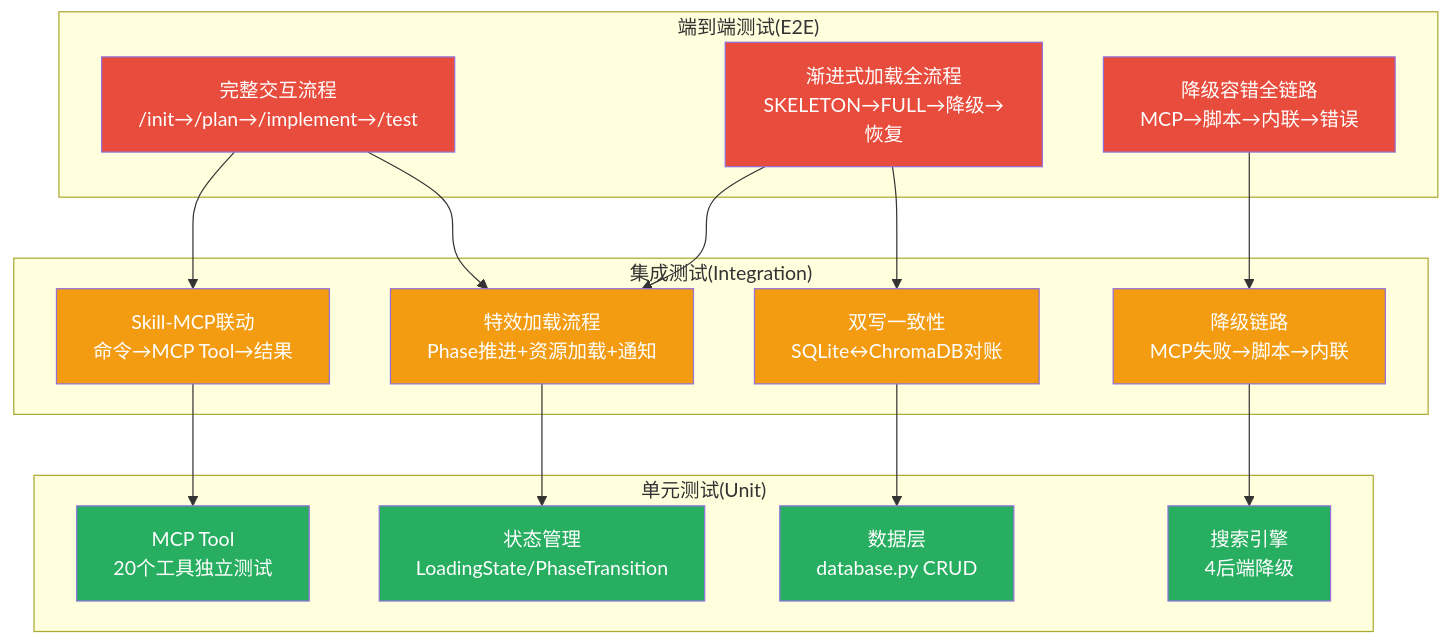
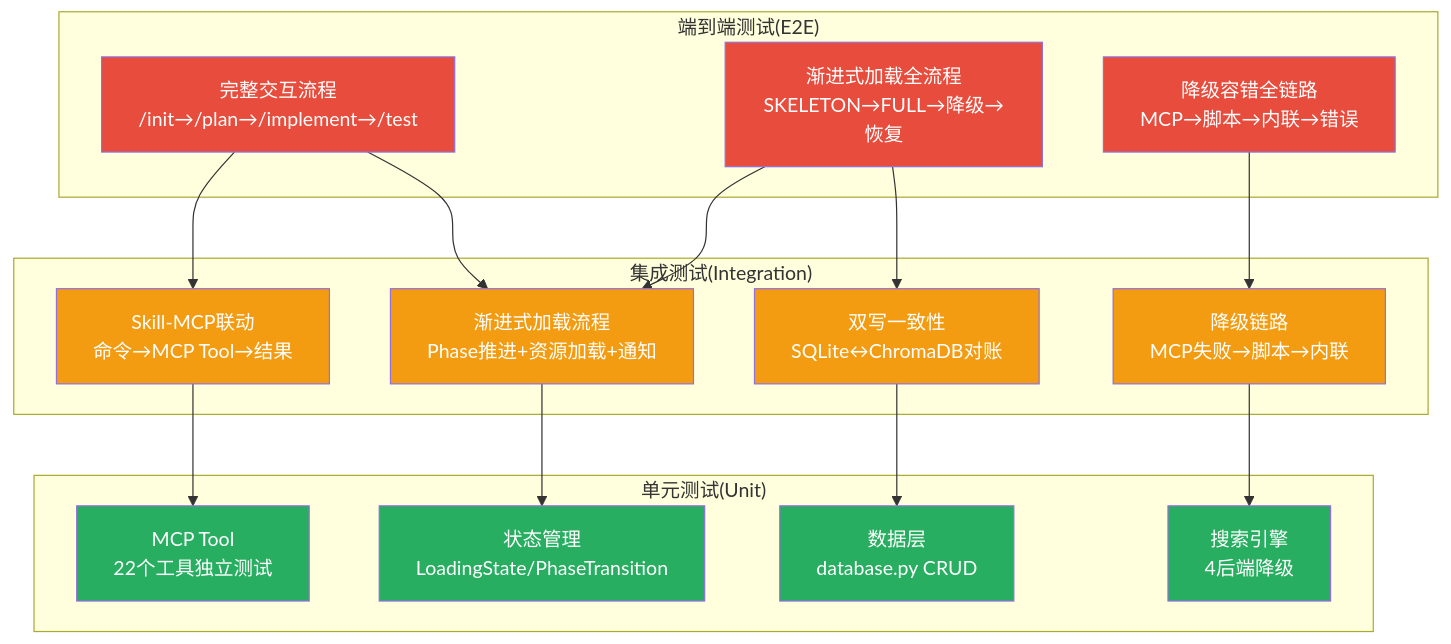
One commit to xuanyuanchumo/xuansto changed diagram 11 of 12 in docs/plan/REFACTOR_PLAN.md. Above: the diagram before and after it, drawn with Mermaid. The commit also changed other lines of this file and 34 other files, not shown here.

````diff
--- a/docs/plan/REFACTOR_PLAN.md
+++ b/docs/plan/REFACTOR_PLAN.md
@@ -615,44 +651,44 @@
 ```mermaid
 graph TB
     subgraph "端到端测试(E2E)"
         E2E1["完整交互流程<br/>/init→/plan→/implement→/test"]
         E2E2["渐进式加载全流程<br/>SKELETON→FULL→降级→恢复"]
         E2E3["降级容错全链路<br/>MCP→脚本→内联→错误"]
     end
 
     subgraph "集成测试(Integration)"
         INT1["Skill-MCP联动<br/>命令→MCP Tool→结果"]
-        INT2["特效加载流程<br/>Phase推进+资源加载+通知"]
+        INT2["渐进式加载流程<br/>Phase推进+资源加载+通知"]
         INT3["双写一致性<br/>SQLite↔ChromaDB对账"]
         INT4["降级链路<br/>MCP失败→脚本→内联"]
     end
 
     subgraph "单元测试(Unit)"
-        UNIT1["MCP Tool<br/>20个工具独立测试"]
+        UNIT1["MCP Tool<br/>22个工具独立测试"]
         UNIT2["状态管理<br/>LoadingState/PhaseTransition"]
         UNIT3["数据层<br/>database.py CRUD"]
         UNIT4["搜索引擎<br/>4后端降级"]
     end
 
     E2E1 --> INT1
     E2E1 --> INT2
     E2E2 --> INT2
     E2E2 --> INT3
     E2E3 --> INT4
     INT1 --> UNIT1
     INT2 --> UNIT2
     INT3 --> UNIT3
     INT4 --> UNIT4
 
     style E2E1 fill:#e74c3c,color:#fff
     style E2E2 fill:#e74c3c,color:#fff
     style E2E3 fill:#e74c3c,color:#fff
     style INT1 fill:#f39c12,color:#fff
     style INT2 fill:#f39c12,color:#fff
     style INT3 fill:#f39c12,color:#fff
     style INT4 fill:#f39c12,color:#fff
     style UNIT1 fill:#27ae60,color:#fff
     style UNIT2 fill:#27ae60,color:#fff
     style UNIT3 fill:#27ae60,color:#fff
     style UNIT4 fill:#27ae60,color:#fff
 ```
````
